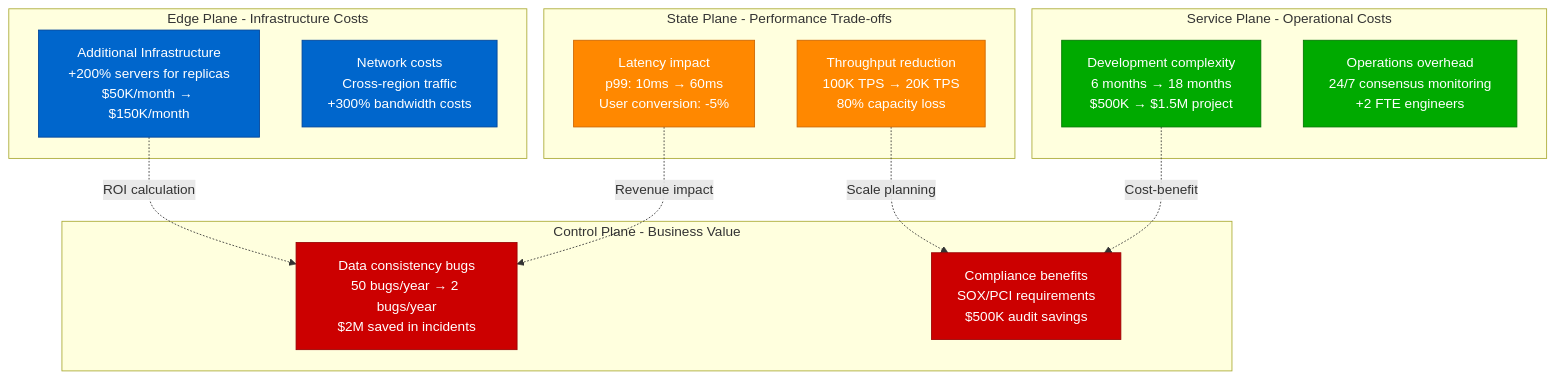
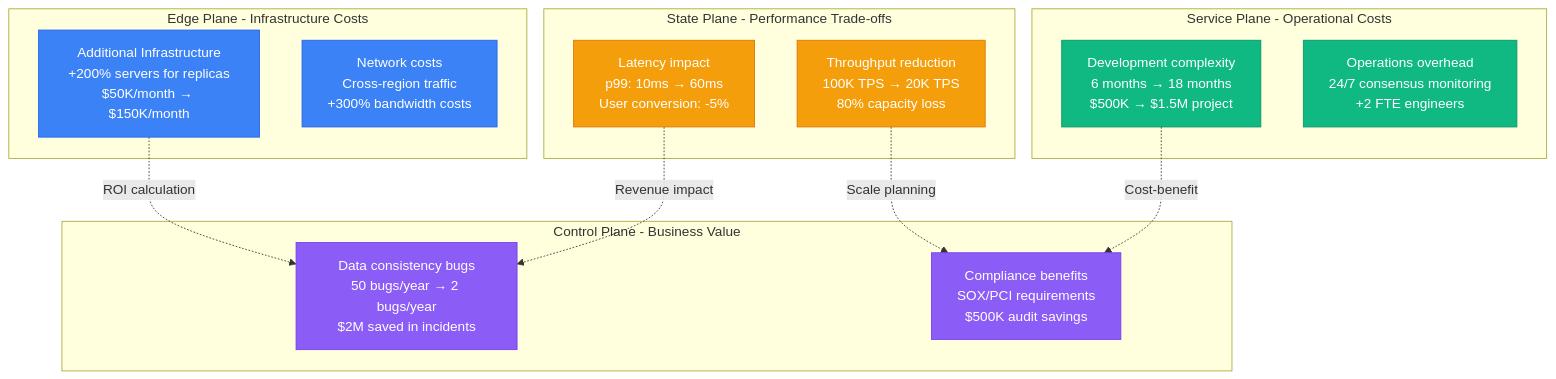
The fourth of 5 diagrams in site/docs/guarantees/linearizability/linearizability-concept.md (deepaucksharma/DS), drawn with Mermaid before and after one commit. The commit also changed other lines of this file and 303 other files, not shown here.

````diff
--- a/site/docs/guarantees/linearizability/linearizability-concept.md
+++ b/site/docs/guarantees/linearizability/linearizability-concept.md
@@ -167,38 +167,38 @@
 ```mermaid
 graph TB
     subgraph EDGE["Edge Plane - Infrastructure Costs"]
         INFRA[Additional Infrastructure<br/>+200% servers for replicas<br/>$50K/month → $150K/month]
         NET[Network costs<br/>Cross-region traffic<br/>+300% bandwidth costs]
     end
 
     subgraph SERVICE["Service Plane - Operational Costs"]
         DEV[Development complexity<br/>6 months → 18 months<br/>$500K → $1.5M project]
         OPS[Operations overhead<br/>24/7 consensus monitoring<br/>+2 FTE engineers]
     end
 
     subgraph STATE["State Plane - Performance Trade-offs"]
         LAT[Latency impact<br/>p99: 10ms → 60ms<br/>User conversion: -5%]
         THR[Throughput reduction<br/>100K TPS → 20K TPS<br/>80% capacity loss]
     end
 
     subgraph CONTROL["Control Plane - Business Value"]
         BUG[Data consistency bugs<br/>50 bugs/year → 2 bugs/year<br/>$2M saved in incidents]
         COMP[Compliance benefits<br/>SOX/PCI requirements<br/>$500K audit savings]
     end
 
     INFRA -.->|"ROI calculation"| BUG
     DEV -.->|"Cost-benefit"| COMP
     LAT -.->|"Revenue impact"| BUG
     THR -.->|"Scale planning"| COMP
 
     %% Production 4-plane colors
-    classDef edge fill:#0066CC,stroke:#004499,color:#fff
-    classDef service fill:#00AA00,stroke:#007700,color:#fff
-    classDef state fill:#FF8800,stroke:#CC6600,color:#fff
-    classDef control fill:#CC0000,stroke:#990000,color:#fff
+    classDef edge fill:#3B82F6,stroke:#2563EB,color:#fff
+    classDef service fill:#10B981,stroke:#059669,color:#fff
+    classDef state fill:#F59E0B,stroke:#D97706,color:#fff
+    classDef control fill:#8B5CF6,stroke:#7C3AED,color:#fff
 
     class INFRA,NET edge
     class DEV,OPS service
     class LAT,THR state
     class BUG,COMP control
 ```
````
